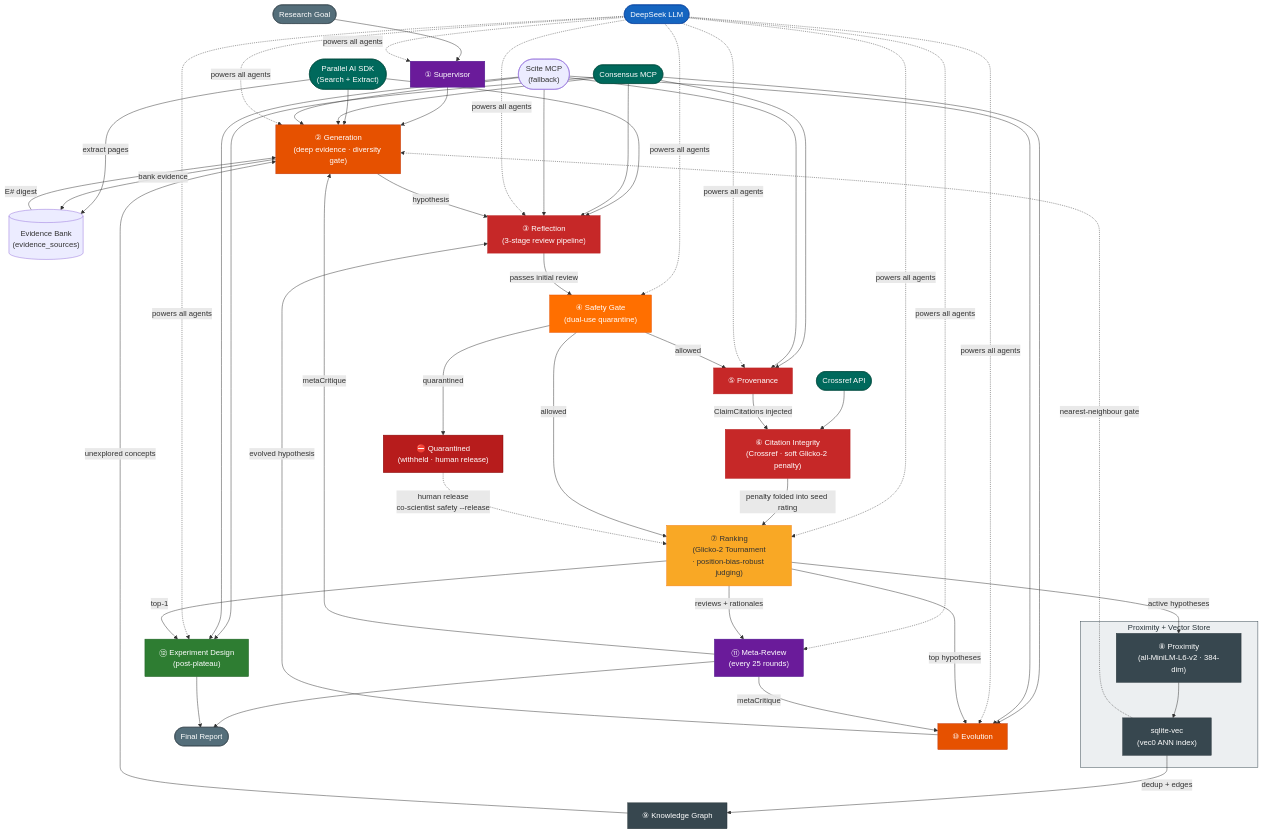
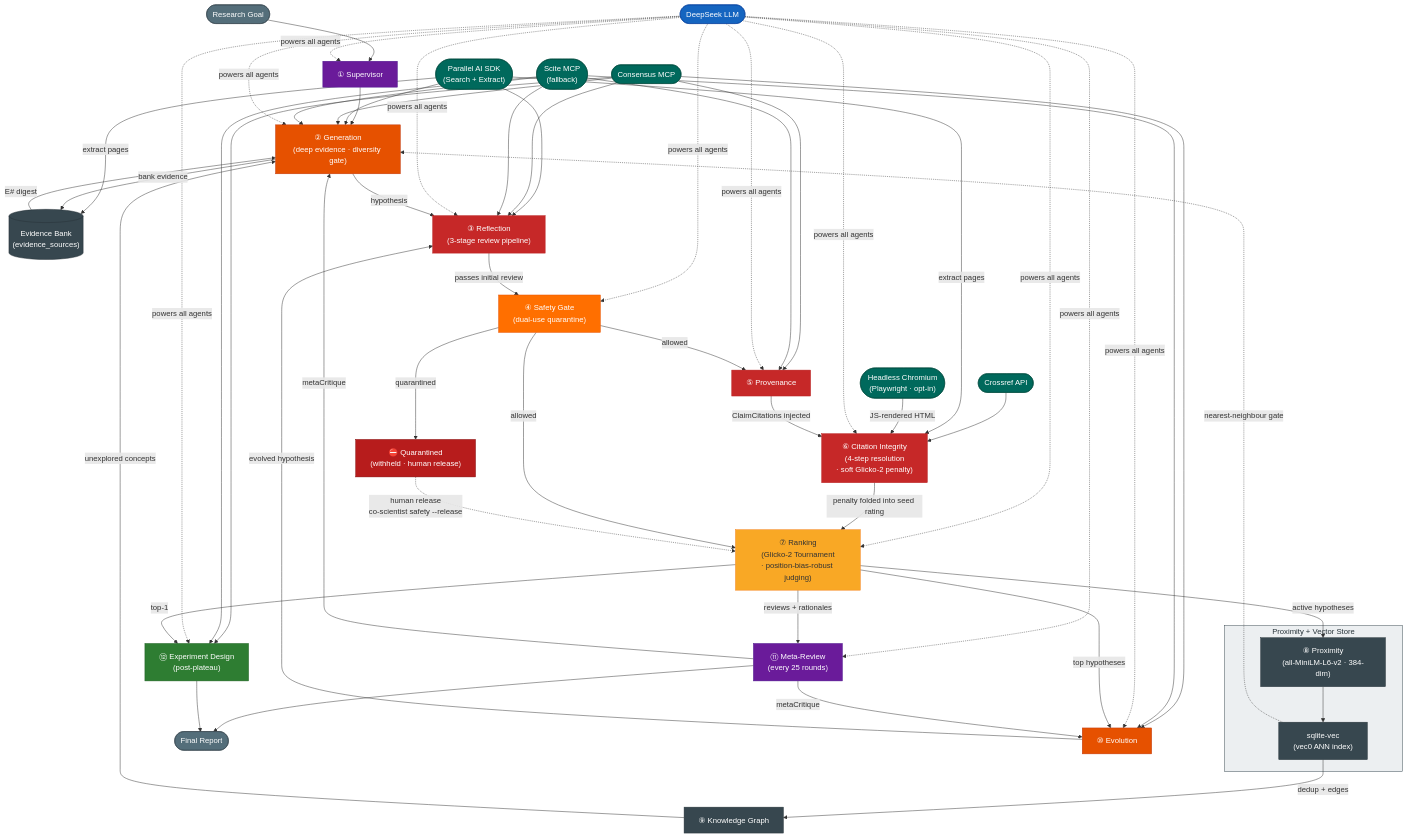
Before and after one commit to raktim-mondol/co-scientist: the diagram in README.md, drawn with Mermaid. The commit also changed other lines of this file, not shown here.

First line of the commit message:
docs: add citation resolution flow diagram and update architecture diagram

```diff
--- a/README.md
+++ b/README.md
@@ -642,6 +686,7 @@
     CON(["Consensus MCP"])
     SCITE(["Scite MCP<br/>(fallback)"])
     XREF(["Crossref API"])
+    HEADLESS(["Headless Chromium<br/>(Playwright · opt-in)"])
     EVBANK[("Evidence Bank<br/>(evidence_sources)")]
 
     SUP["① Supervisor"]
@@ -649,7 +694,7 @@
     REF["③ Reflection<br/>(3-stage review pipeline)"]
     SAFE["④ Safety Gate<br/>(dual-use quarantine)"]
     PROV["⑤ Provenance"]
-    CITE["⑥ Citation Integrity<br/>(Crossref · soft Glicko-2 penalty)"]
+    CITE["⑥ Citation Integrity<br/>(4-step resolution<br/>· soft Glicko-2 penalty)"]
     RANK["⑦ Ranking<br/>(Glicko-2 Tournament<br/>· position-bias-robust judging)"]
 
     subgraph PROXVEC["Proximity + Vector Store"]
@@ -679,12 +724,14 @@
     CON --> PROV
     SCITE --> PROV
     XREF --> CITE
+    PAI -->|extract pages| CITE
+    HEADLESS -->|JS-rendered HTML| CITE
     CON --> EVOL
     SCITE --> EVOL
     CON --> DESIGN
     SCITE --> DESIGN
 
-    DS -.->|powers all agents| SUP & GEN & REF & SAFE & PROV & RANK & EVOL & META & DESIGN
+    DS -.->|powers all agents| SUP & GEN & REF & SAFE & PROV & CITE & RANK & EVOL & META & DESIGN
 
     GEN -->|hypothesis| REF
     REF -->|passes initial review| SAFE
@@ -717,7 +764,10 @@
     style DS       fill:#1565C0,color:#fff,stroke:#0D47A1
     style PAI      fill:#00695C,color:#fff,stroke:#004D40
     style CON      fill:#00695C,color:#fff,stroke:#004D40
+    style SCITE    fill:#00695C,color:#fff,stroke:#004D40
     style XREF     fill:#00695C,color:#fff,stroke:#004D40
+    style HEADLESS fill:#00695C,color:#fff,stroke:#004D40
+    style EVBANK   fill:#37474F,color:#fff,stroke:#263238
     style SUP      fill:#6A1B9A,color:#fff,stroke:#4A148C
     style META     fill:#6A1B9A,color:#fff,stroke:#4A148C
     style GEN      fill:#E65100,color:#fff,stroke:#BF360C
```
